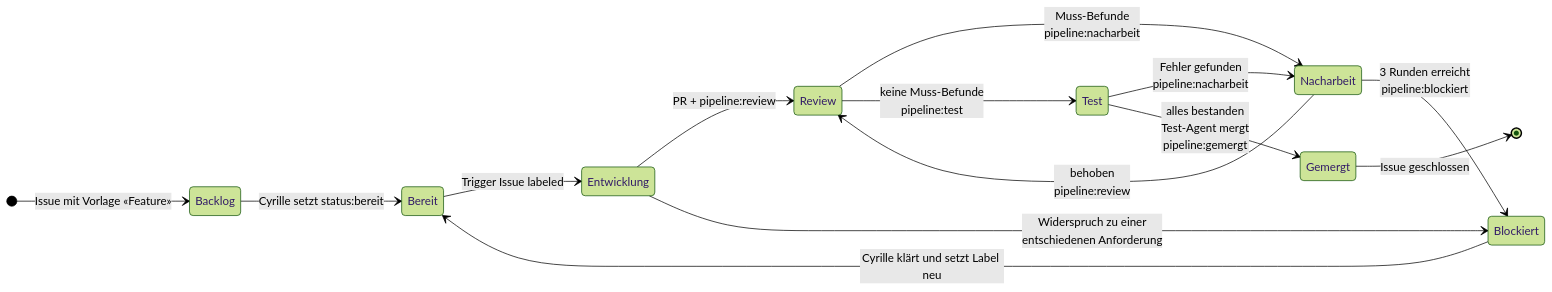
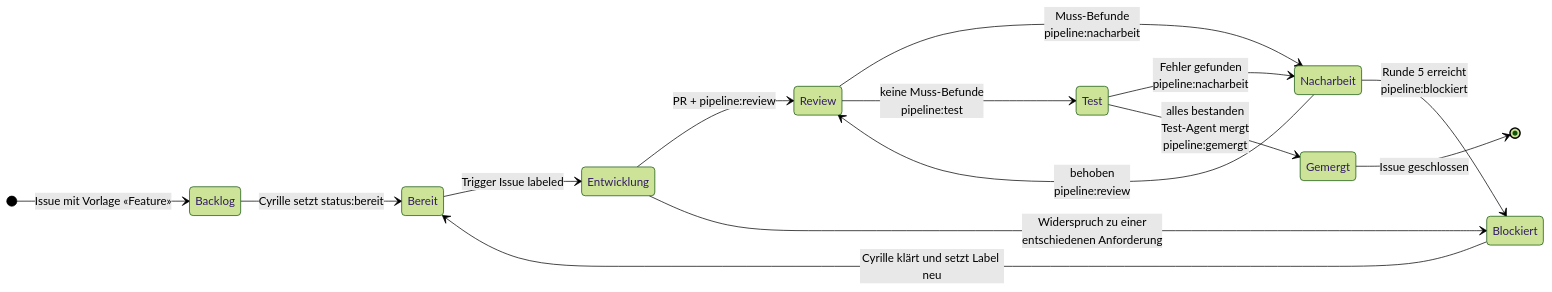
One commit to cyrilleulmi/StvBeroPlatform changed the diagram in docs/pipeline/README.md. Above: the diagram before and after it, drawn with Mermaid (forest theme). The commit also changed other lines of this file and 5 other files, not shown here.

Commit message:
Pipeline: Blockade ab Runde 5 statt Runde 3 (E-60)

````diff
--- a/docs/pipeline/README.md
+++ b/docs/pipeline/README.md
@@ -20,17 +20,17 @@
 ```mermaid
 stateDiagram-v2
     direction LR
     [*] --> Backlog: Issue mit Vorlage «Feature»
     Backlog --> Bereit: Cyrille setzt status:bereit
     Bereit --> Entwicklung: Trigger Issue labeled
     Entwicklung --> Review: PR + pipeline:review
     Review --> Nacharbeit: Muss-Befunde<br/>pipeline:nacharbeit
     Review --> Test: keine Muss-Befunde<br/>pipeline:test
     Test --> Nacharbeit: Fehler gefunden<br/>pipeline:nacharbeit
     Test --> Gemergt: alles bestanden<br/>Test-Agent mergt<br/>pipeline:gemergt
     Nacharbeit --> Review: behoben<br/>pipeline:review
-    Nacharbeit --> Blockiert: 3 Runden erreicht<br/>pipeline:blockiert
+    Nacharbeit --> Blockiert: Runde 5 erreicht<br/>pipeline:blockiert
     Entwicklung --> Blockiert: Widerspruch zu einer<br/>entschiedenen Anforderung
     Blockiert --> Bereit: Cyrille klärt und setzt Label neu
     Gemergt --> [*]: Issue geschlossen
 ```
````
